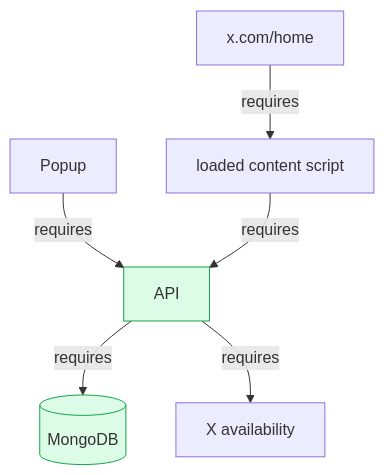
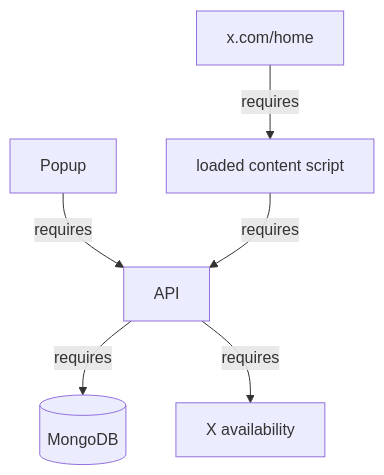
The fifth of 6 diagrams in docs/setup.md (SidheshwarSarangal/X_feed_extension), drawn with Mermaid before and after one commit. The commit also changed other lines of this file and 4 other files, not shown here.

````diff
--- a/docs/setup.md
+++ b/docs/setup.md
@@ -124,11 +124,9 @@
 ```mermaid
 flowchart TD
     Popup -->|requires| API
     API -->|requires| Mongo[(MongoDB)]
     API -->|requires| X[X availability]
     Home[x.com/home] -->|requires| Content[loaded content script]
     Content -->|requires| API
 
-    style API fill:#dcfce7,stroke:#16a34a
-    style Mongo fill:#dcfce7,stroke:#16a34a
 ```
````
